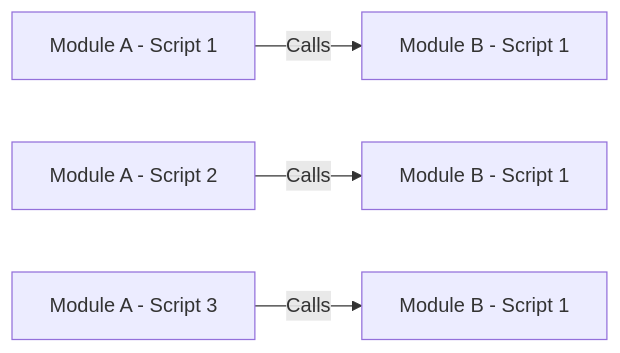
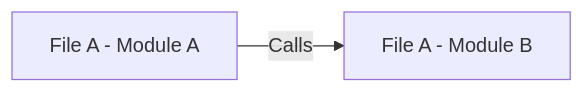
Before and after one commit to CloudChi/FX-Framework: the first of 2 diagrams in Dependencies.md, drawn with Mermaid. The commit also changed other lines of this file and 1 other file, not shown here.

````diff
--- a/Dependencies.md
+++ b/Dependencies.md
@@ -20,6 +15,4 @@
 ```mermaid
 graph LR
-A[Module A - Script 1] -- Calls --> E[Module B - Script 1] 
-B[Module A - Script 2] -- Calls --> F[Module B - Script 1]
-C[Module A - Script 3] -- Calls --> G[Module B - Script 1]
+A[File A - Module A] -- Calls --> E[File A - Module B] 
 ```
````
